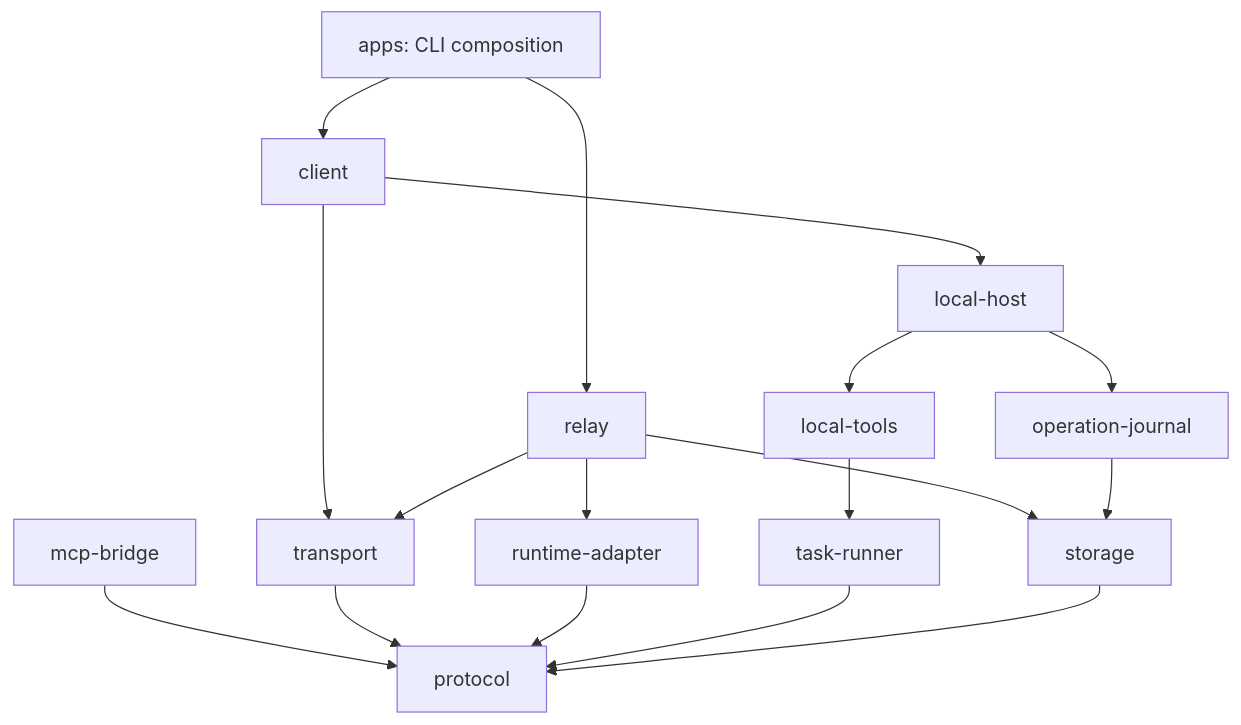
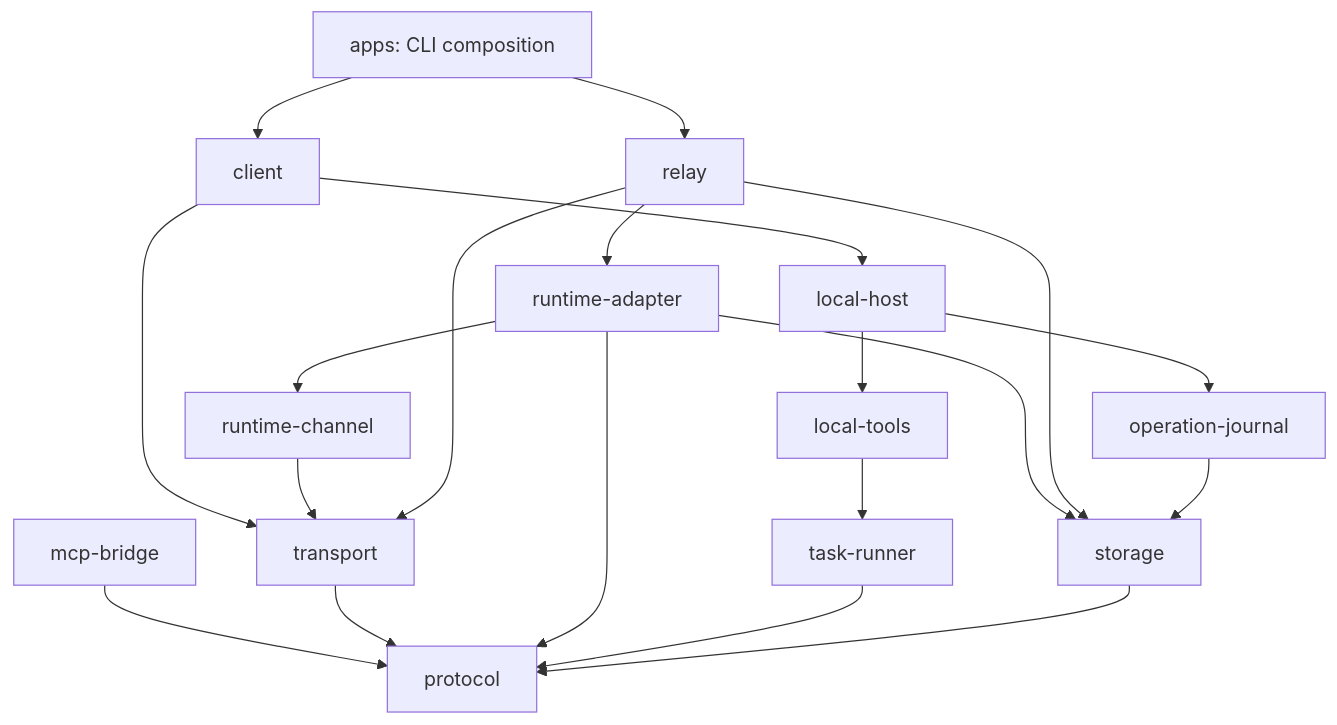
The diagram in docs/ARCHITECTURE.md (JackXing875/claude-tether), drawn with Mermaid before and after one commit. The commit also changed other lines of this file and 23 other files, not shown here.

````diff
--- a/docs/ARCHITECTURE.md
+++ b/docs/ARCHITECTURE.md
@@ -7,19 +7,22 @@
 ```mermaid
 flowchart TD
   CLI[apps: CLI composition] --> Client[client]
   CLI --> Relay[relay]
   Client --> Transport[transport]
   Client --> Host[local-host]
   Relay --> Runtime[runtime-adapter]
+  Runtime --> Channel[runtime-channel]
+  Channel --> Transport
+  Runtime --> Storage
   Relay --> Transport
   Relay --> Storage[storage]
   Host --> Tools[local-tools]
   Host --> Journal[operation-journal]
   Tools --> Runner[task-runner]
   Journal --> Storage
   MCP[mcp-bridge] --> Protocol[protocol]
   Transport --> Protocol
   Runtime --> Protocol
   Runner --> Protocol
   Storage --> Protocol
 ```
````
